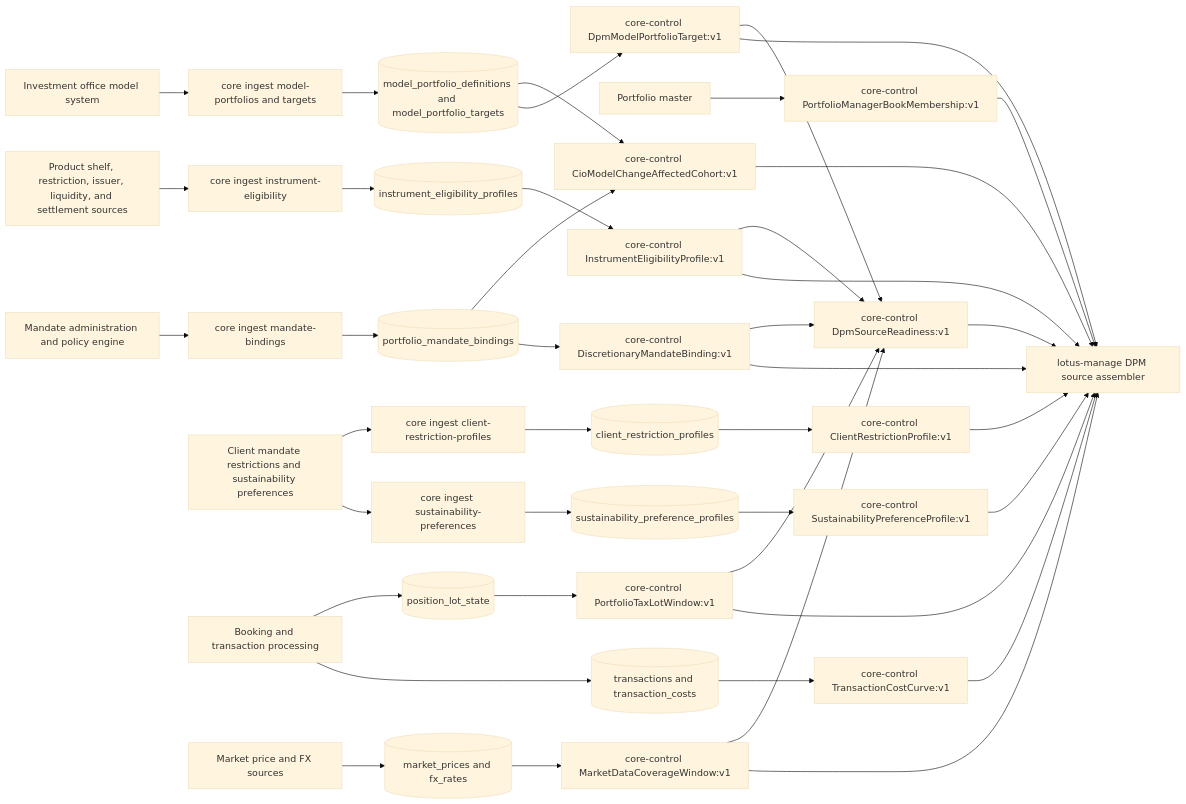
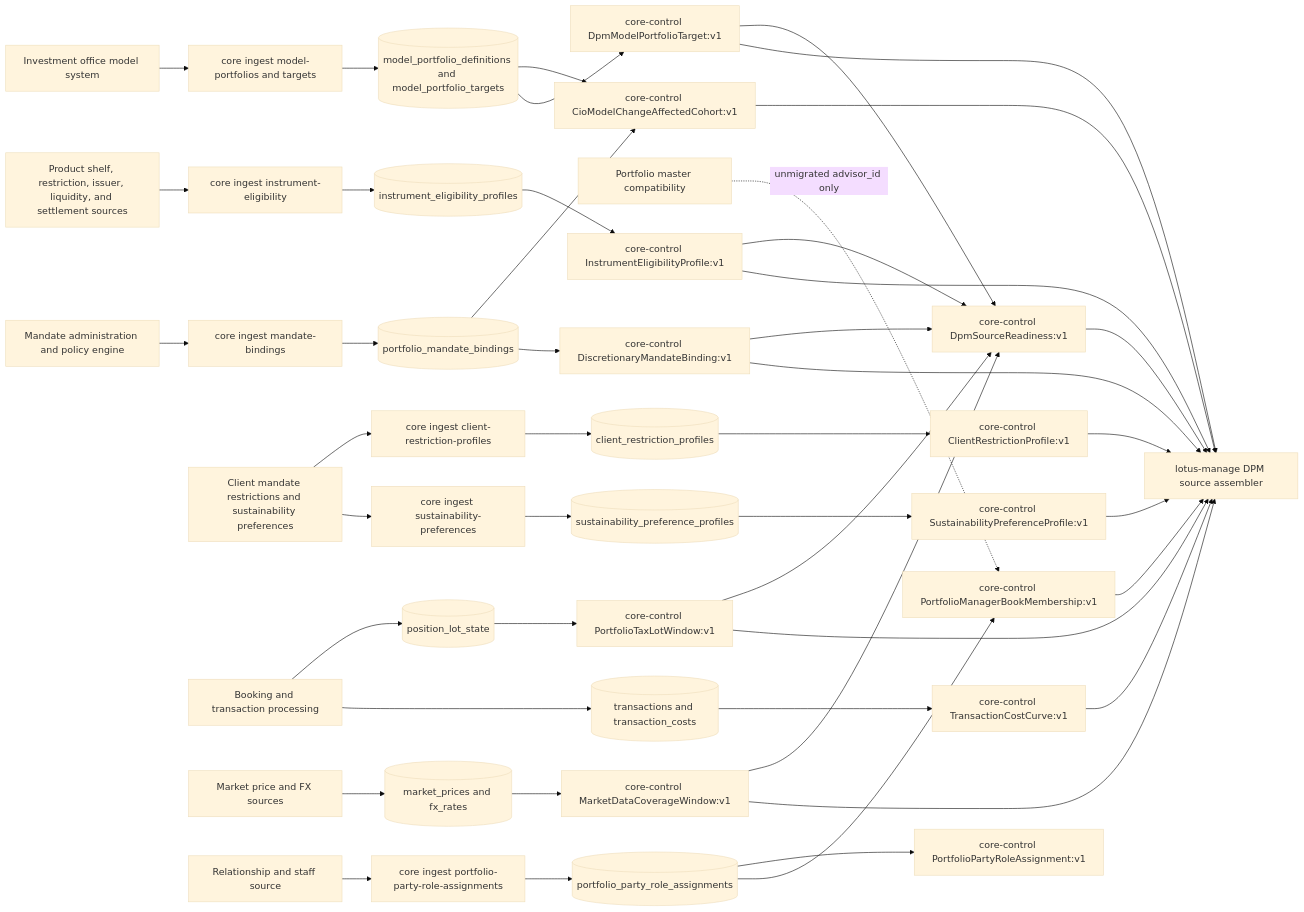
Before and after one commit to sgajbi/lotus-core: the second of 3 diagrams in wiki/Mesh-Data-Products.md, drawn with Mermaid (base theme). The commit also changed other lines of this file and 10 other files, not shown here.

Commit message:
Document effective portfolio party roles

````diff
--- a/wiki/Mesh-Data-Products.md
+++ b/wiki/Mesh-Data-Products.md
@@ -271,43 +272,47 @@
 ```mermaid
 flowchart LR
     Upstream[Investment office model system] --> Ingest[core ingest model-portfolios and targets]
     Mandate[Mandate administration and policy engine] --> BindIngest[core ingest mandate-bindings]
     Eligibility[Product shelf, restriction, issuer, liquidity, and settlement sources] --> EligibilityIngest[core ingest instrument-eligibility]
     ClientPolicy[Client mandate restrictions and sustainability preferences] --> RestrictionIngest[core ingest client-restriction-profiles]
     ClientPolicy --> SustainabilityIngest[core ingest sustainability-preferences]
     Booking[Booking and transaction processing] --> LotState[(position_lot_state)]
     Booking --> Transactions[(transactions and transaction_costs)]
     Market[Market price and FX sources] --> MarketStore[(market_prices and fx_rates)]
-    PortfolioMaster[Portfolio master] --> BookAPI[core-control PortfolioManagerBookMembership:v1]
+    Coverage[Relationship and staff source] --> CoverageIngest[core ingest portfolio-party-role-assignments]
+    CoverageIngest --> CoverageStore[(portfolio_party_role_assignments)]
+    CoverageStore --> RoleAPI[core-control PortfolioPartyRoleAssignment:v1]
+    CoverageStore --> BookAPI[core-control PortfolioManagerBookMembership:v1]
+    PortfolioMaster[Portfolio master compatibility] -. unmigrated advisor_id only .-> BookAPI
     Store --> CioCohort[core-control CioModelChangeAffectedCohort:v1]
     BindingStore --> CioCohort
     Ingest --> Store[(model_portfolio_definitions and model_portfolio_targets)]
     BindIngest --> BindingStore[(portfolio_mandate_bindings)]
     EligibilityIngest --> EligibilityStore[(instrument_eligibility_profiles)]
     RestrictionIngest --> RestrictionStore[(client_restriction_profiles)]
     SustainabilityIngest --> SustainabilityStore[(sustainability_preference_profiles)]
     Store --> API[core-control DpmModelPortfolioTarget:v1]
     BindingStore --> BindingAPI[core-control DiscretionaryMandateBinding:v1]
     EligibilityStore --> EligibilityAPI[core-control InstrumentEligibilityProfile:v1]
     RestrictionStore --> RestrictionAPI[core-control ClientRestrictionProfile:v1]
     SustainabilityStore --> SustainabilityAPI[core-control SustainabilityPreferenceProfile:v1]
     LotState --> TaxLotAPI[core-control PortfolioTaxLotWindow:v1]
     Transactions --> CostCurveAPI[core-control TransactionCostCurve:v1]
     MarketStore --> MarketAPI[core-control MarketDataCoverageWindow:v1]
     BookAPI --> Manage
     API --> Readiness[core-control DpmSourceReadiness:v1]
     BindingAPI --> Readiness
     EligibilityAPI --> Readiness
     TaxLotAPI --> Readiness
     MarketAPI --> Readiness
     API --> Manage[lotus-manage DPM source assembler]
     BindingAPI --> Manage
     EligibilityAPI --> Manage
     TaxLotAPI --> Manage
     CostCurveAPI --> Manage
     RestrictionAPI --> Manage
     SustainabilityAPI --> Manage
     MarketAPI --> Manage
     Readiness --> Manage
     CioCohort --> Manage
 ```
````
